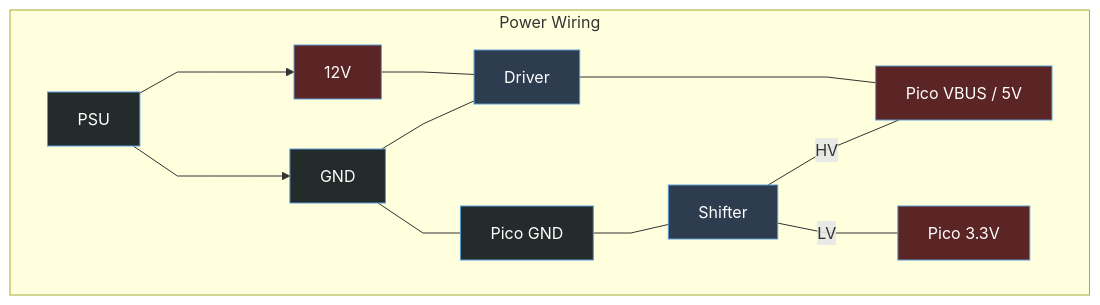
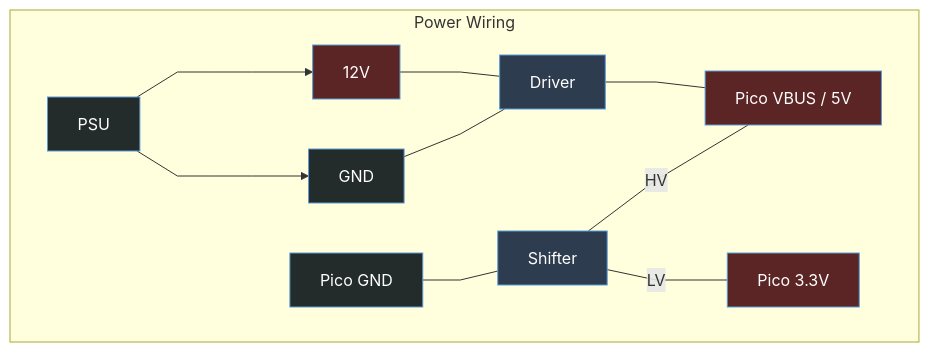
One commit to lyngstad-armin/scale-crane-electric-wire-luffing changed the fifth of 5 diagrams in Wiring Schematics/CCM_wiring.md. Above: the diagram before and after it, drawn with Mermaid. The commit also changed 4 other files, not shown here.

````diff
--- a/Wiring Schematics/CCM_wiring.md
+++ b/Wiring Schematics/CCM_wiring.md
@@ -262,28 +262,28 @@
 ```mermaid
 %%{init: {'flowchart': {'curve': 'linear'}}}%%
 flowchart TB
 
     classDef style2 fill:#2e3c50,stroke:#5b9bd5,color:#fff
     classDef style1 fill:#5c2525,stroke:#5b9bd5,color:#fff
     classDef style3 fill:#242b2b,stroke:#5b9bd5,color:#fff
 
 subgraph Power Wiring
 PSU:::style3
 GND:::style3
 12V:::style1
 Driver:::style2
 P5[Pico VBUS / 5V]:::style1
 P3[Pico 3.3V]:::style1
 LSH[Shifter]:::style2
 PG[Pico GND]:::style3 
 
 
 PSU ---> 12V --- Driver --- P5
 GND --- LSH ---|LV| P3
 linkStyle 3 display:none
-GND --- PG & Driver
+GND --- Driver
 PG --- LSH ---|HV| P5
 
 PSU ---> GND
 end
 ```
````
